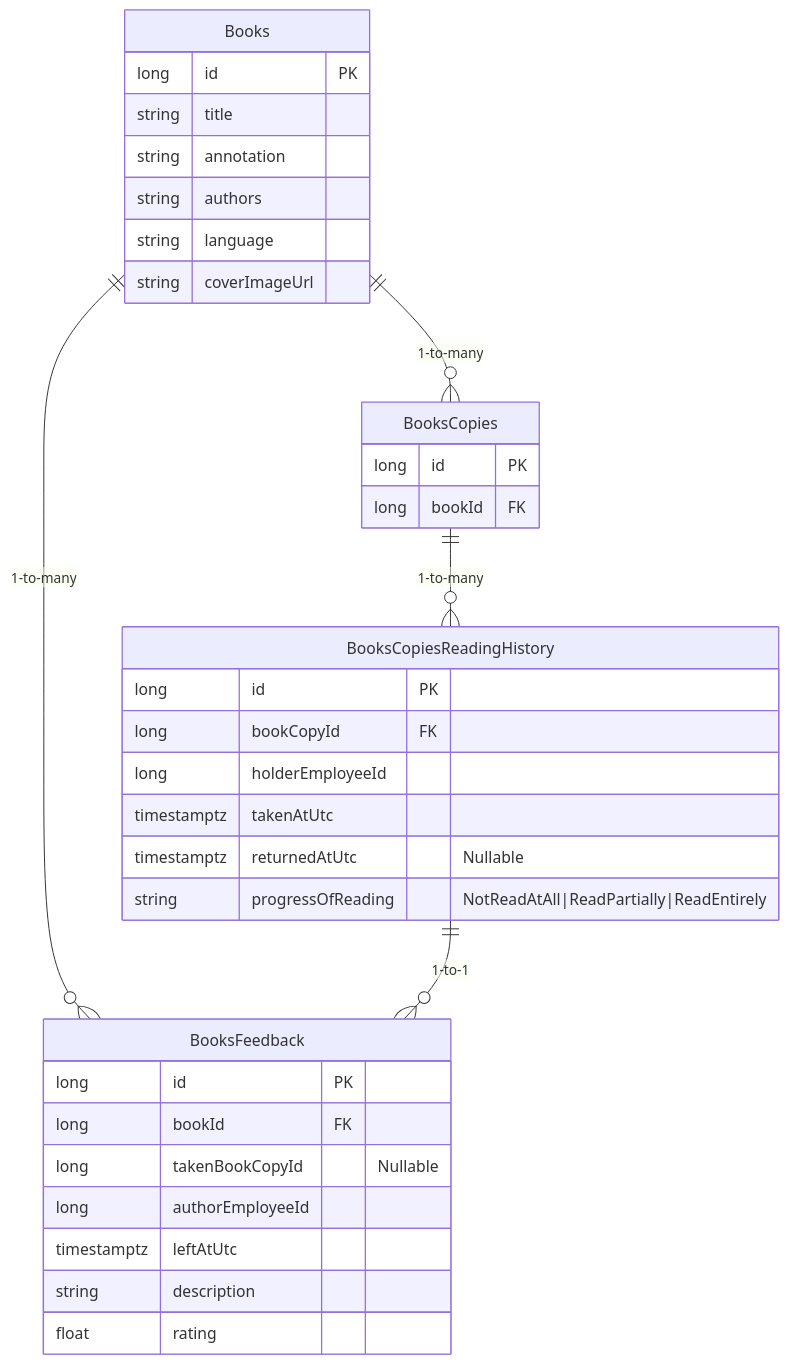
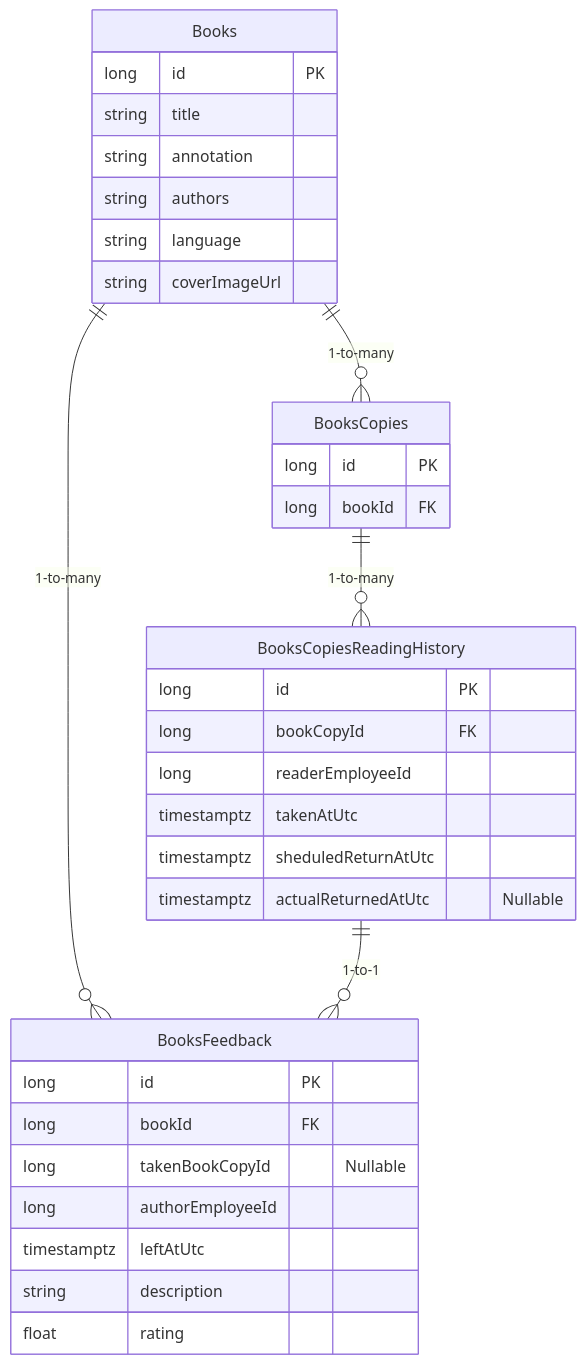
One commit to TourmalineCore/inner-circle-documentation changed the fourth of 5 diagrams in books-api/Book Copies ADR.md. Above: the diagram before and after it, drawn with Mermaid. The commit also changed other lines of this file and 1 other file, not shown here.

````diff
--- a/books-api/Book Copies ADR.md
+++ b/books-api/Book Copies ADR.md
@@ -119,36 +119,36 @@
 ```mermaid
 erDiagram
     Books ||--o{ BooksCopies : "1-to-many"
     Books ||--o{ BooksFeedback : "1-to-many"
     BooksCopies ||--o{ BooksCopiesReadingHistory : "1-to-many"
     BooksCopiesReadingHistory ||--o{ BooksFeedback : "1-to-1"
     Books {
         long id PK
         string title
         string annotation
         string authors
         string language
         string coverImageUrl
     }
     BooksCopies {
         long id PK
         long bookId FK
     }
     BooksCopiesReadingHistory {
         long id PK
         long bookCopyId FK
-        long holderEmployeeId
+        long readerEmployeeId
         timestamptz takenAtUtc
-        timestamptz returnedAtUtc "Nullable"
-        string progressOfReading "NotReadAtAll|ReadPartially|ReadEntirely"
+        timestamptz sheduledReturnAtUtc
+        timestamptz actualReturnedAtUtc "Nullable"
     }
     BooksFeedback {
         long id PK
         long bookId FK
         long takenBookCopyId "Nullable"
         long authorEmployeeId
         timestamptz leftAtUtc
         string description
         float rating
     }
 ```
````
